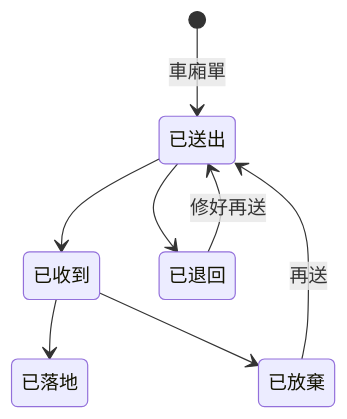
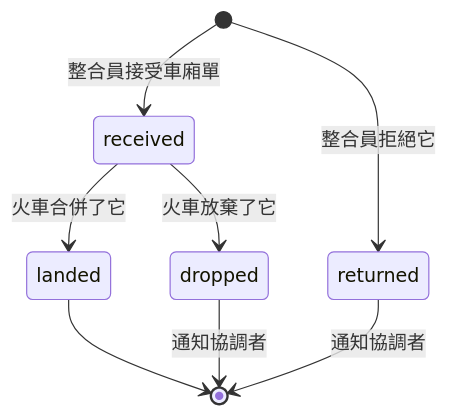
One commit to wayne930242/pi-straw-boss changed the second of 2 diagrams in site/src/content/docs/zh-tw/guide/merge-train.md. Above: the diagram before and after it, drawn with Mermaid. The commit also changed other lines of this file and 8 other files, not shown here.

Commit message:
docs(site): diagrams keep natural size and scroll, auto mode and local runs drawn top-down, merge-train car states as the four real ones; plan-first rule, zh README wraps, twin terms, first table column kept whole

````diff
--- a/site/src/content/docs/zh-tw/guide/merge-train.md
+++ b/site/src/content/docs/zh-tw/guide/merge-train.md
@@ -49,10 +49,10 @@
 ```mermaid
 stateDiagram-v2
-  [*] --> 已送出: 車廂單
-  已送出 --> 已收到
-  已送出 --> 已退回
-  已收到 --> 已落地
-  已收到 --> 已放棄
-  已退回 --> 已送出: 修好再送
-  已放棄 --> 已送出: 再送
+  [*] --> received: 整合員接受車廂單
+  [*] --> returned: 整合員拒絕它
+  received --> landed: 火車合併了它
+  received --> dropped: 火車放棄了它
+  landed --> [*]
+  returned --> [*]: 通知協調者
+  dropped --> [*]: 通知協調者
 ```
````
